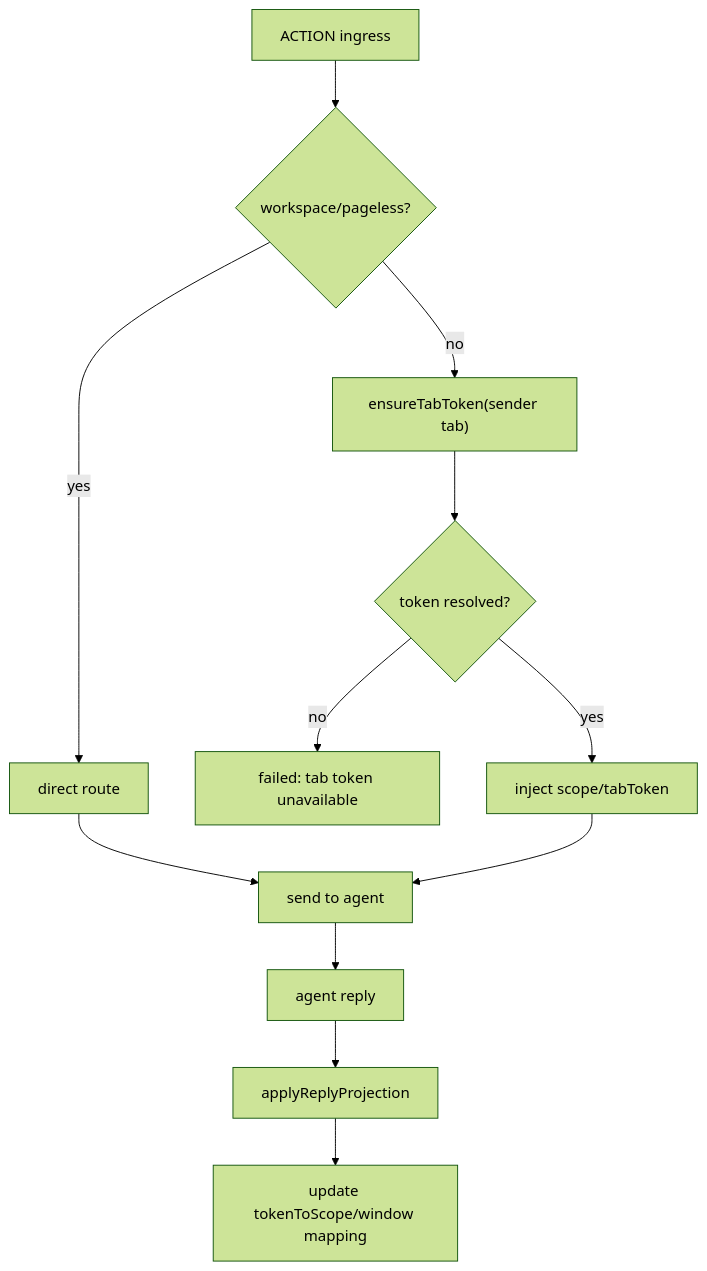
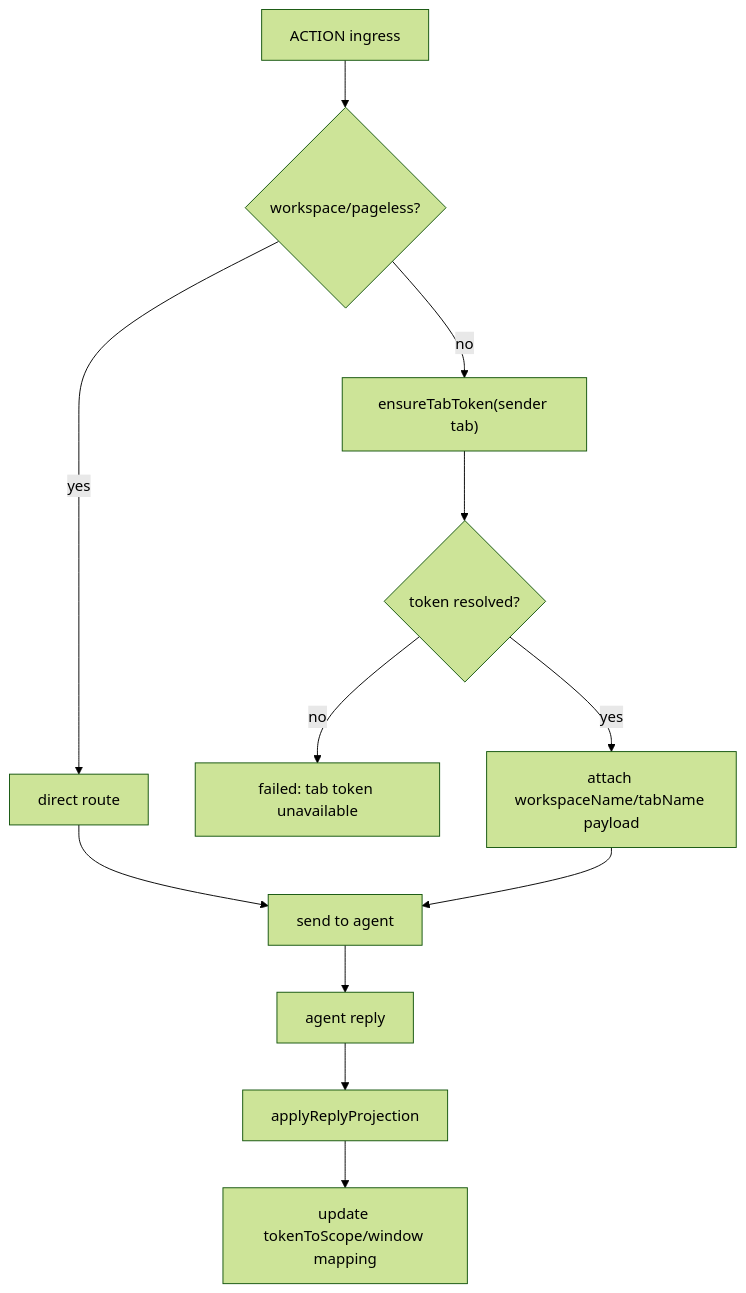
The third of 3 diagrams in docs/Runtime/WorkspaceAndTab.md (Aromatic05/rpa-browser), drawn with Mermaid (forest theme) before and after one commit. The commit also changed other lines of this file, not shown here.

````diff
--- a/docs/Runtime/WorkspaceAndTab.md
+++ b/docs/Runtime/WorkspaceAndTab.md
@@ -119,14 +119,14 @@
 ```mermaid
 flowchart TD
   A["ACTION ingress"] --> B{"workspace/pageless?"}
   B -- yes --> C["direct route"]
   B -- no --> D["ensureTabToken(sender tab)"]
   D --> E{"token resolved?"}
   E -- no --> F["failed: tab token unavailable"]
-  E -- yes --> G["inject scope/tabToken"]
+  E -- yes --> G["attach workspaceName/tabName payload"]
   C --> H["send to agent"]
   G --> H
   H --> I["agent reply"]
   I --> J["applyReplyProjection"]
   J --> K["update tokenToScope/window mapping"]
 ```
````
